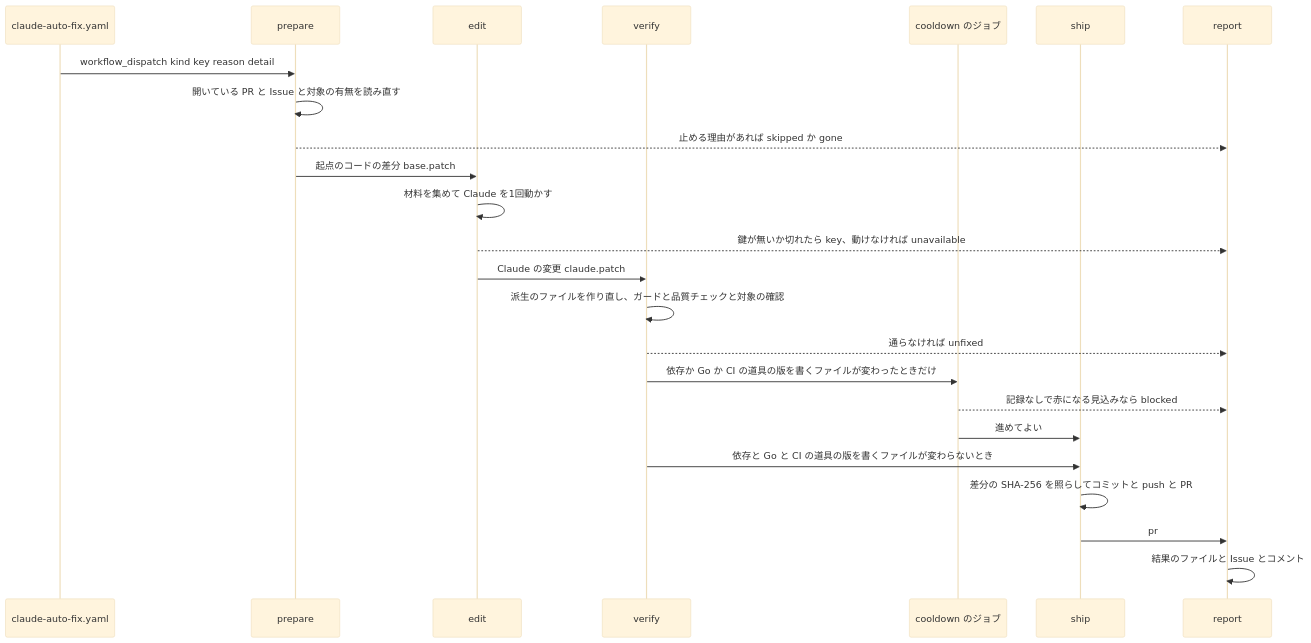
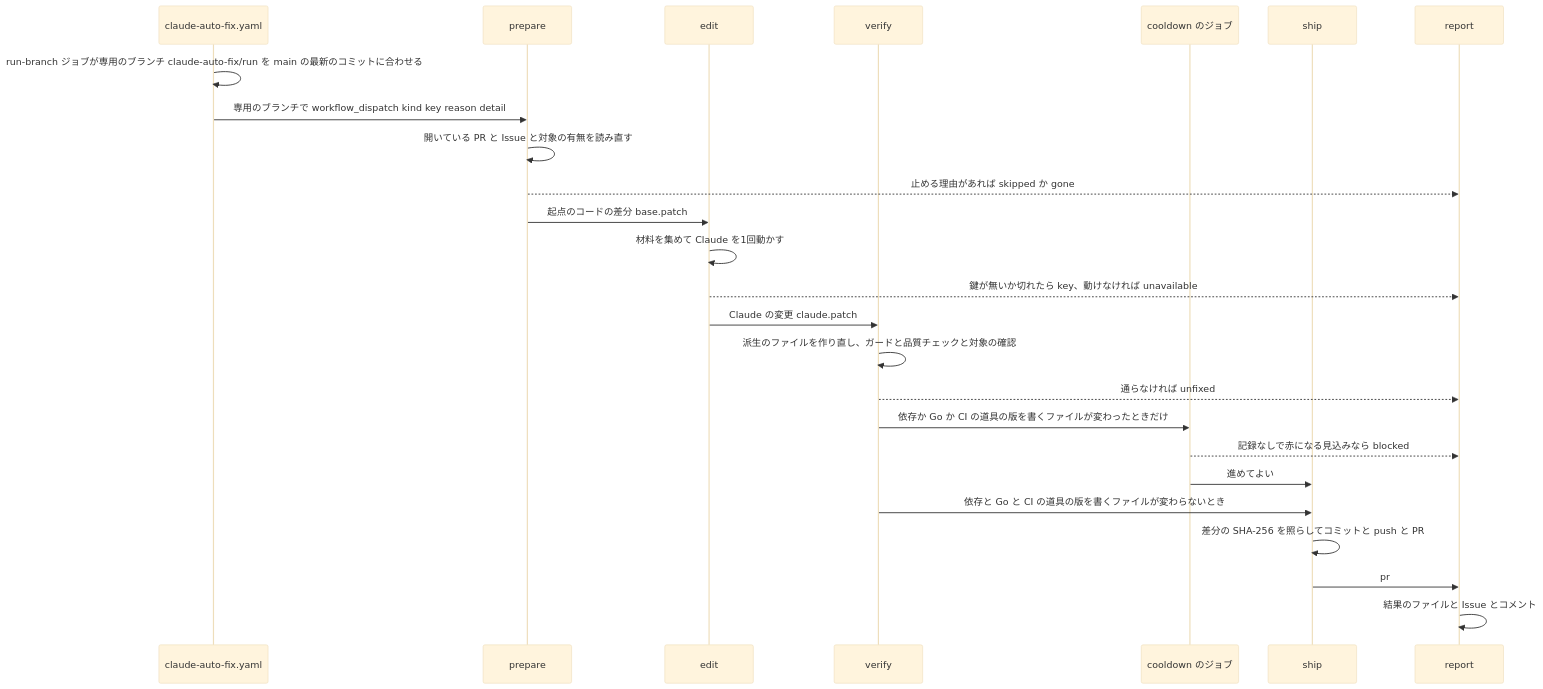
One commit to DogisRiki/KeirekiPro changed the second of 3 diagrams in .kiro/specs/claude-auto-fix-unresolved-alerts/design.md. Above: the diagram before and after it, drawn with Mermaid (base theme). The commit also changed other lines of this file and 11 other files, not shown here.

First line of the commit message:
docs(claude-auto-fix-unresolved-alerts): 対象ごとの実行を専用のブランチで起動する設計とタスクを spec に書く

````diff
--- a/.kiro/specs/claude-auto-fix-unresolved-alerts/design.md
+++ b/.kiro/specs/claude-auto-fix-unresolved-alerts/design.md
@@ -187,26 +210,27 @@
 ```mermaid
 sequenceDiagram
     participant D as claude-auto-fix.yaml
     participant P as prepare
     participant E as edit
     participant V as verify
     participant C as cooldown のジョブ
     participant S as ship
     participant R as report
-    D->>P: workflow_dispatch kind key reason detail
+    D->>D: run-branch ジョブが専用のブランチ claude-auto-fix/run を main の最新のコミットに合わせる
+    D->>P: 専用のブランチで workflow_dispatch kind key reason detail
     P->>P: 開いている PR と Issue と対象の有無を読み直す
     P-->>R: 止める理由があれば skipped か gone
     P->>E: 起点のコードの差分 base.patch
     E->>E: 材料を集めて Claude を1回動かす
     E-->>R: 鍵が無いか切れたら key、動けなければ unavailable
     E->>V: Claude の変更 claude.patch
     V->>V: 派生のファイルを作り直し、ガードと品質チェックと対象の確認
     V-->>R: 通らなければ unfixed
     V->>C: 依存か Go か CI の道具の版を書くファイルが変わったときだけ
     C-->>R: 記録なしで赤になる見込みなら blocked
     C->>S: 進めてよい
     V->>S: 依存と Go と CI の道具の版を書くファイルが変わらないとき
     S->>S: 差分の SHA-256 を照らしてコミットと push と PR
     S->>R: pr
     R->>R: 結果のファイルと Issue とコメント
 ```
````
